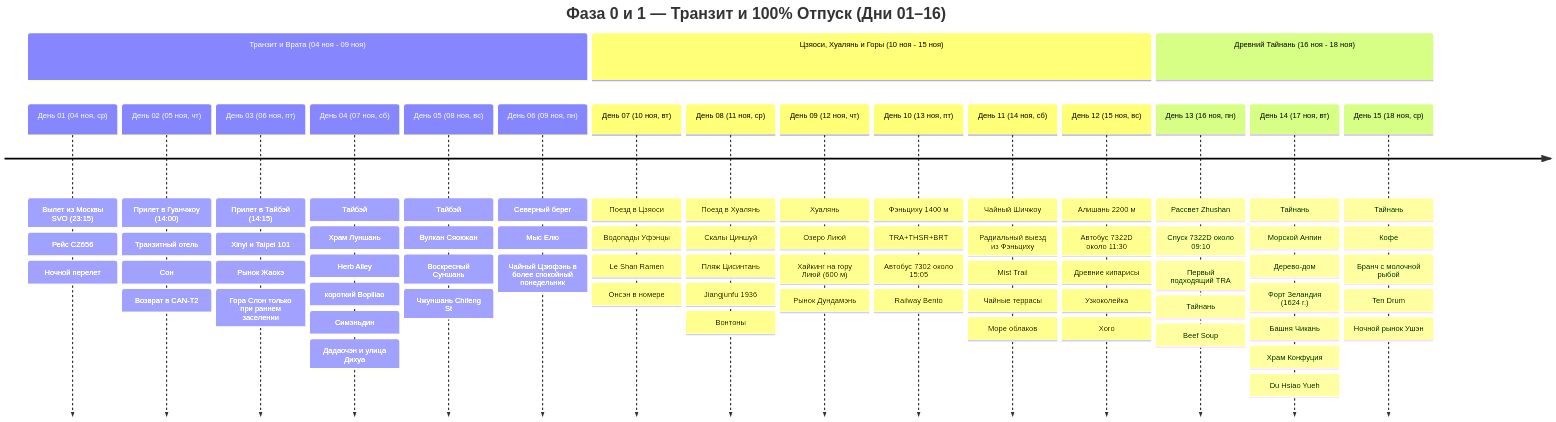
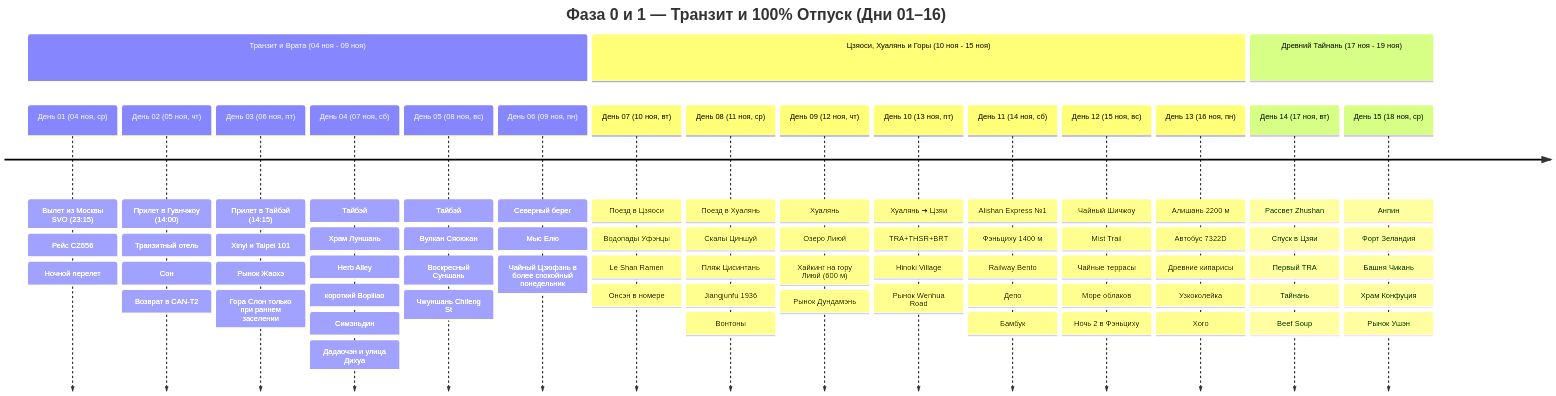
The first of 2 diagrams in Personal Note/Travel/-- Taiwan/Taiwan.md (injurka/obsidian-mark), drawn with Mermaid before and after one commit. The commit also changed other lines of this file and 50 other files, not shown here.

````diff
--- a/Personal Note/Travel/-- Taiwan/Taiwan.md
+++ b/Personal Note/Travel/-- Taiwan/Taiwan.md
@@ -47,22 +48,22 @@
 ```mermaid
 timeline
     title Фаза 0 и 1 — Транзит и 100% Отпуск (Дни 01–16)
     section Транзит и Врата (04 ноя - 09 ноя)
         День 01 (04 ноя, ср) : Вылет из Москвы SVO (23:15) : Рейс CZ656 : Ночной перелет
         День 02 (05 ноя, чт) : Прилет в Гуанчжоу (14:00) : Транзитный отель : Сон : Возврат в CAN-T2
         День 03 (06 ноя, пт) : Прилет в Тайбэй (14:15) : Xinyi и Taipei 101 : Рынок Жаохэ : Гора Слон только при раннем заселении
         День 04 (07 ноя, сб) : Тайбэй : Храм Луншань : Herb Alley : короткий Bopiliao : Симэньдин : Дадаочэн и улица Дихуа
         День 05 (08 ноя, вс) : Тайбэй : Вулкан Сяоюкан : Воскресный Суншань : Чжуншань Chifeng St
         День 06 (09 ноя, пн) : Северный берег : Мыс Елю : Чайный Цзюфэнь в более спокойный понедельник
     section Цзяоси, Хуалянь и Горы (10 ноя - 15 ноя)
         День 07 (10 ноя, вт) : Поезд в Цзяоси : Водопады Уфэнцы : Le Shan Ramen : Онсэн в номере
         День 08 (11 ноя, ср) : Поезд в Хуалянь : Скалы Циншуй : Пляж Цисинтань : Jiangjunfu 1936 : Вонтоны
         День 09 (12 ноя, чт) : Хуалянь : Озеро Лиюй : Хайкинг на гору Лиюй (600 м) : Рынок Дундамэнь
-        День 10 (13 ноя, пт) : Фэньциху 1400 м : TRA+THSR+BRT : Автобус 7302 около 15:05 : Railway Bento
-        День 11 (14 ноя, сб) : Чайный Шичжоу : Радиальный выезд из Фэньциху : Mist Trail : Чайные террасы : Море облаков
-        День 12 (15 ноя, вс) : Алишань 2200 м : Автобус 7322D около 11:30 : Древние кипарисы : Узкоколейка : Хого
-    section Древний Тайнань (16 ноя - 18 ноя)
-        День 13 (16 ноя, пн) : Рассвет Zhushan : Спуск 7322D около 09:10 : Первый подходящий TRA : Тайнань : Beef Soup
-        День 14 (17 ноя, вт) : Тайнань : Морской Анпин : Дерево-дом : Форт Зеландия (1624 г.) : Башня Чикань : Храм Конфуция : Du Hsiao Yueh
-        День 15 (18 ноя, ср) : Тайнань : Кофе : Бранч с молочной рыбой : Ten Drum : Ночной рынок Ушэн
+        День 10 (13 ноя, пт) : Хуалянь ➔ Цзяи : TRA+THSR+BRT : Hinoki Village : Рынок Wenhua Road
+        День 11 (14 ноя, сб) : Alishan Express №1 : Фэньциху 1400 м : Railway Bento : Депо : Бамбук
+        День 12 (15 ноя, вс) : Чайный Шичжоу : Mist Trail : Чайные террасы : Море облаков : Ночь 2 в Фэньциху
+        День 13 (16 ноя, пн) : Алишань 2200 м : Автобус 7322D : Древние кипарисы : Узкоколейка : Хого
+    section Древний Тайнань (17 ноя - 19 ноя)
+        День 14 (17 ноя, вт) : Рассвет Zhushan : Спуск в Цзяи : Первый TRA : Тайнань : Beef Soup
+        День 15 (18 ноя, ср) : Анпин : Форт Зеландия : Башня Чикань : Храм Конфуция : Рынок Ушэн
 ```
````
